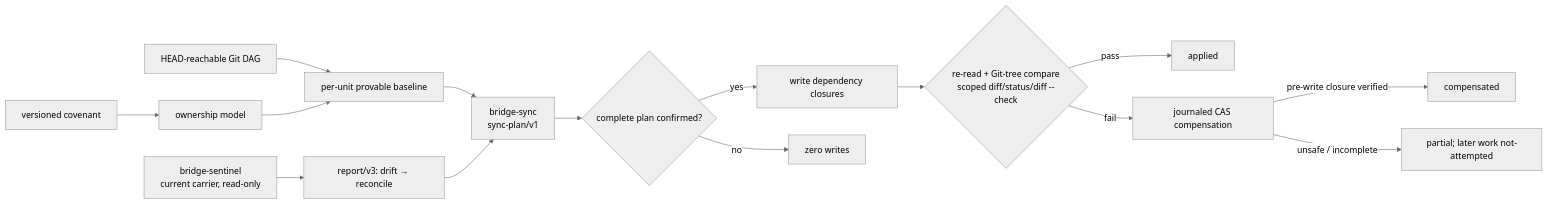
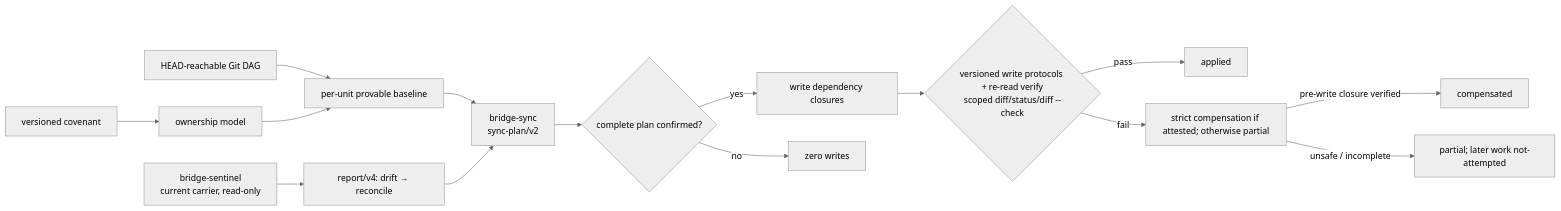
The diagram in docs/architecture/overview.md (sesamehut/agent-config-bridge), drawn with Mermaid (neutral theme) before and after one commit. The commit also changed other lines of this file and 212 other files, not shown here.

````diff
--- a/docs/architecture/overview.md
+++ b/docs/architecture/overview.md
@@ -21,17 +21,17 @@
 ```mermaid
 flowchart LR
   C["versioned covenant"] --> O["ownership model"]
-  S["bridge-sentinel\ncurrent carrier, read-only"] --> R["report/v3: drift → reconcile"]
+  S["bridge-sentinel\ncurrent carrier, read-only"] --> R["report/v4: drift → reconcile"]
   G["HEAD-reachable Git DAG"] --> B["per-unit provable baseline"]
   O --> B
-  B --> W["bridge-sync\nsync-plan/v1"]
+  B --> W["bridge-sync\nsync-plan/v2"]
   R --> W
   W --> Q{"complete plan confirmed?"}
   Q -->|yes| X["write dependency closures"]
   Q -->|no| N["zero writes"]
-  X --> V{"re-read + Git-tree compare\nscoped diff/status/diff --check"}
+  X --> V{"versioned write protocols + re-read verify\nscoped diff/status/diff --check"}
   V -->|pass| A["applied"]
-  V -->|fail| FC["journaled CAS compensation"]
+  V -->|fail| FC["strict compensation if attested; otherwise partial"]
   FC -->|pre-write closure verified| K["compensated"]
   FC -->|unsafe / incomplete| P["partial; later work not-attempted"]
 ```
````
